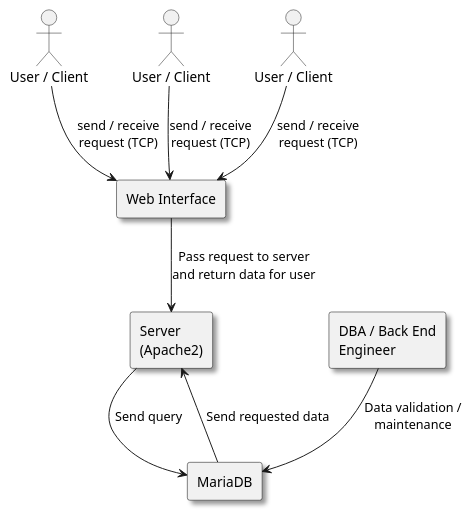
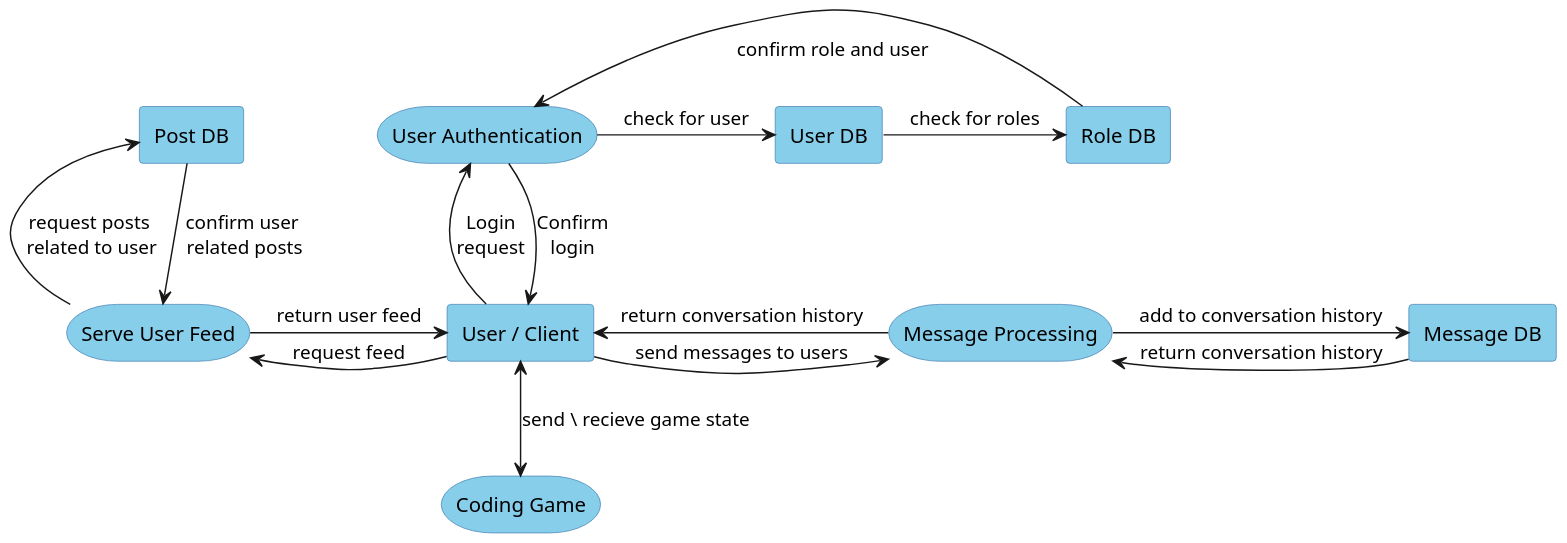
The diagram in Project/Documentation/Data Flow/DataFlowDiagram.puml (AbSharum/CodeTogether), drawn with PlantUML before and after one commit.

Commit message:
changed data flow diagram

```diff
--- a/Project/Documentation/Data Flow/DataFlowDiagram.puml
+++ b/Project/Documentation/Data Flow/DataFlowDiagram.puml
@@ -1,29 +1,52 @@
 @startuml
+
+scale 1.5
+
 skinparam rectangle {
-  BorderColor black
-  Shadowing true
+  BorderColor SteelBlue
+  BackgroundColor SkyBlue
 }
 
-skinparam componentStyle rectangle
+skinparam storage {
+  BorderColor SteelBlue
+  BackgroundColor SkyBlue
+}
 
-actor "User / Client" as User1
-actor "User / Client" as User2
-actor "User / Client" as User3
 
-rectangle "Web Interface" as WebInterface
+rectangle "User / Client" as User
+storage "User Authentication" as UserAuth
+rectangle "User DB" as UserDB
+rectangle "Role DB" as RoleDB
+storage "Serve User Feed" as Feed
+rectangle "Post DB" as PostDB
+rectangle "Message DB" as MessageDB
+storage "Message Processing" as Message
+storage "Coding Game" as Code
 
-rectangle "Server\n(Apache2)" as Server
-rectangle "MariaDB" as DB 
-rectangle "DBA / Back End\nEngineer" as DBA 
+User -up-> UserAuth : Login\nrequest
+UserAuth -down-> User : Confirm\nlogin
 
-' Connections
-User1 --> WebInterface : send / receive\nrequest (TCP)
-User2 --> WebInterface : send / receive\nrequest (TCP)
-User3 --> WebInterface : send / receive\nrequest (TCP)
+UserAuth -right-> UserDB : check for user
 
-WebInterface --> Server : Pass request to server\nand return data for user
-Server --> DB : Send query
-DB --> Server : Send requested data
-DBA --> DB : Data validation /\nmaintenance
+UserDB -right-> RoleDB : check for roles
+
+RoleDB -left-> UserAuth : \nconfirm role and user
+
+User -left-> Feed : request feed
+Feed -right-> User : return user feed
+
+Feed -up-> PostDB : request posts\n related to user
+PostDB -down-> Feed : confirm user\n related posts
+
+User -right-> Message : send messages to users
+Message -left-> User : return conversation history
+
+Message -right-> MessageDB : add to conversation history
+MessageDB -left-> Message : return conversation history
+
+User <-down-> Code : send \ recieve game state
+
+
+
 
 @enduml
```
